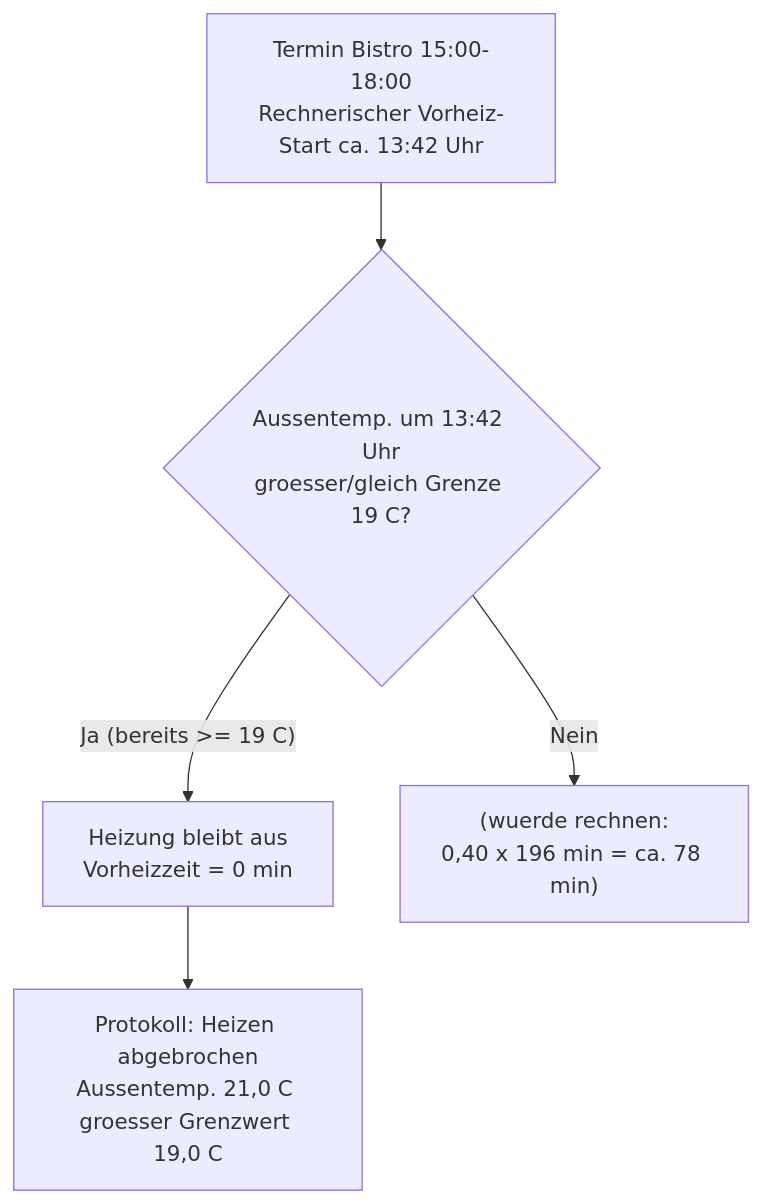
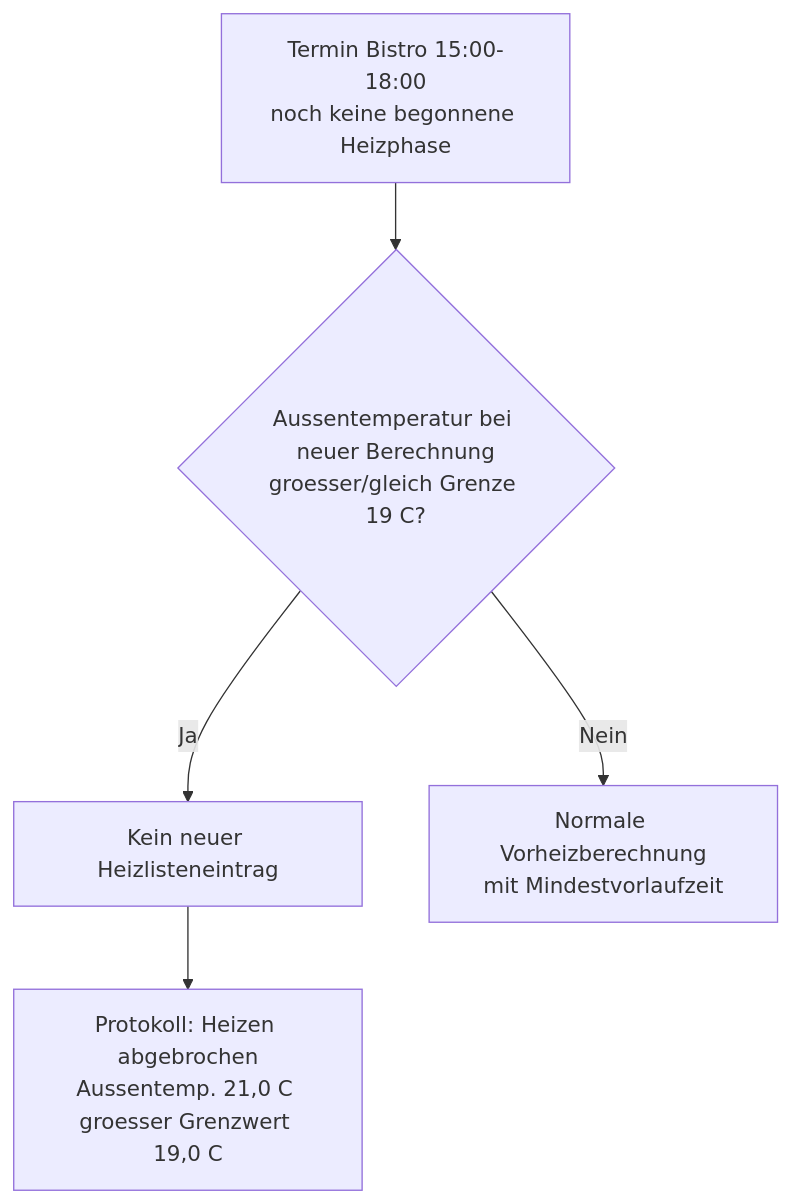
The second of 3 diagrams in docs/heizkalender/heizsteuerung-vorheizzeit.md (xMRi/Homematic-Heizungskalender), drawn with Mermaid before and after one commit. The commit also changed other lines of this file and 6 other files, not shown here.

````diff
--- a/docs/heizkalender/heizsteuerung-vorheizzeit.md
+++ b/docs/heizkalender/heizsteuerung-vorheizzeit.md
@@ -303,7 +307,7 @@
 ```mermaid
 flowchart TD
-    Start["Termin Bistro 15:00-18:00<br/>Rechnerischer Vorheiz-Start ca. 13:42 Uhr"] --> AT{"Aussentemp. um 13:42 Uhr<br/>groesser/gleich Grenze 19 C?"}
-    AT -->|"Ja (bereits >= 19 C)"| Aus["Heizung bleibt aus<br/>Vorheizzeit = 0 min"]
-    AT -->|"Nein"| Rechnung["(wuerde rechnen:<br/>0,40 x 196 min = ca. 78 min)"]
+    Start["Termin Bistro 15:00-18:00<br/>noch keine begonnene Heizphase"] --> AT{"Aussentemperatur bei neuer Berechnung<br/>groesser/gleich Grenze 19 C?"}
+    AT -->|"Ja"| Aus["Kein neuer Heizlisteneintrag"]
+    AT -->|"Nein"| Rechnung["Normale Vorheizberechnung<br/>mit Mindestvorlaufzeit"]
     Aus --> Log["Protokoll: Heizen abgebrochen<br/>Aussentemp. 21,0 C groesser Grenzwert 19,0 C"]
 ```
````
